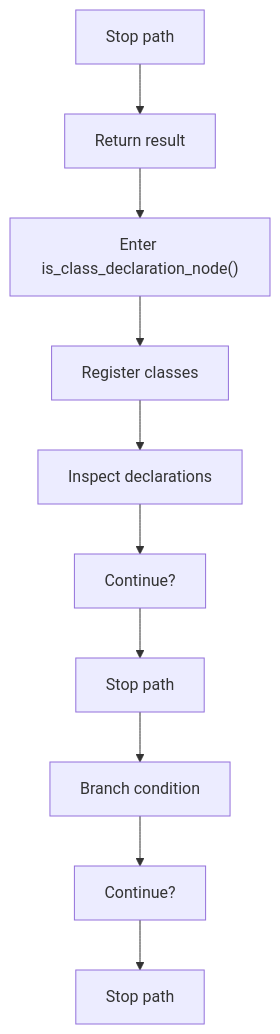
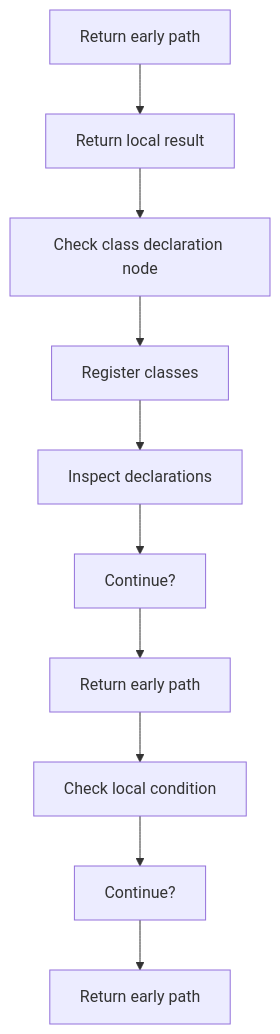
One commit to JohnAndrewBalbarosa/NeoTerritory changed the fourth of 5 diagrams in docs/Codebase/Microservice/Modules/Source/Trees/ClassGeneration/Actual/Internal/Statement/Flow/statement_program_flow.cpp.md. Above: the diagram before and after it, drawn with Mermaid. The commit also changed other lines of this file and 915 other files, not shown here.

````diff
--- a/docs/Codebase/Microservice/Modules/Source/Trees/ClassGeneration/Actual/Internal/Statement/Flow/statement_program_flow.cpp.md
+++ b/docs/Codebase/Microservice/Modules/Source/Trees/ClassGeneration/Actual/Internal/Statement/Flow/statement_program_flow.cpp.md
@@ -93,22 +93,22 @@
 ```mermaid
 flowchart TD
-    N0["Stop path"]
-    N1["Return result"]
-    N2["Enter is_class_declaration_node()"]
+    N0["Return early path"]
+    N1["Return local result"]
+    N2["Check class declaration node"]
     N3["Register classes"]
     N4["Inspect declarations"]
     N5["Continue?"]
-    N6["Stop path"]
-    N7["Branch condition"]
+    N6["Return early path"]
+    N7["Check local condition"]
     N8["Continue?"]
-    N9["Stop path"]
+    N9["Return early path"]
     N0 --> N1
     N1 --> N2
     N2 --> N3
     N3 --> N4
     N4 --> N5
     N5 --> N6
     N6 --> N7
     N7 --> N8
     N8 --> N9
 ```
````
